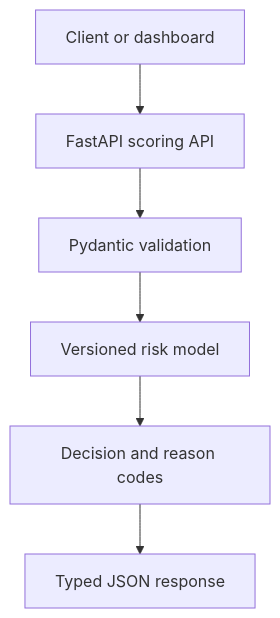
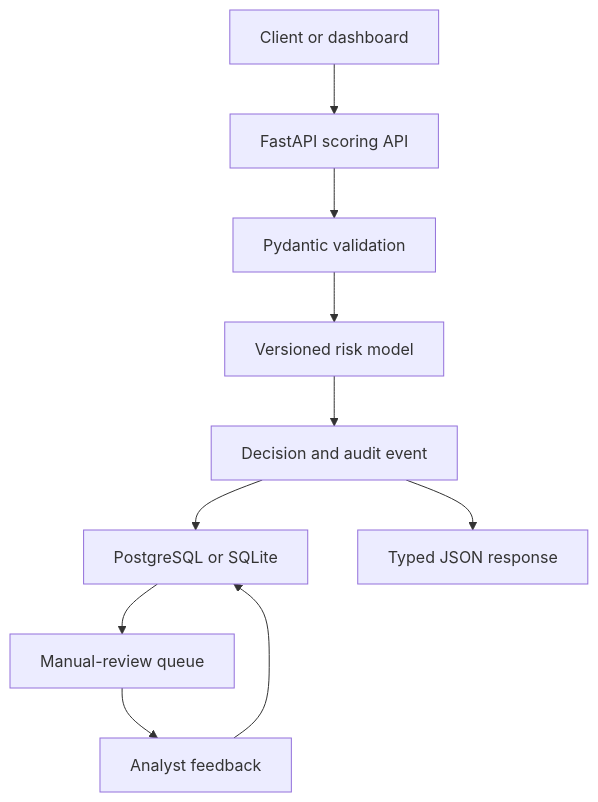
The diagram in README.md (YasserJJJJ/riskpulse), drawn with Mermaid before and after one commit. The commit also changed other lines of this file and 25 other files, not shown here.

Commit message:
Add PostgreSQL audit trail and review feedback

````diff
--- a/README.md
+++ b/README.md
@@ -29,8 +33,12 @@
 ```mermaid
 flowchart TD
     C["Client or dashboard"] --> A["FastAPI scoring API"]
     A --> V["Pydantic validation"]
     V --> M["Versioned risk model"]
-    M --> D["Decision and reason codes"]
+    M --> D["Decision and audit event"]
+    D --> P["PostgreSQL or SQLite"]
     D --> R["Typed JSON response"]
+    P --> Q["Manual-review queue"]
+    Q --> F["Analyst feedback"]
+    F --> P
 ```
````
